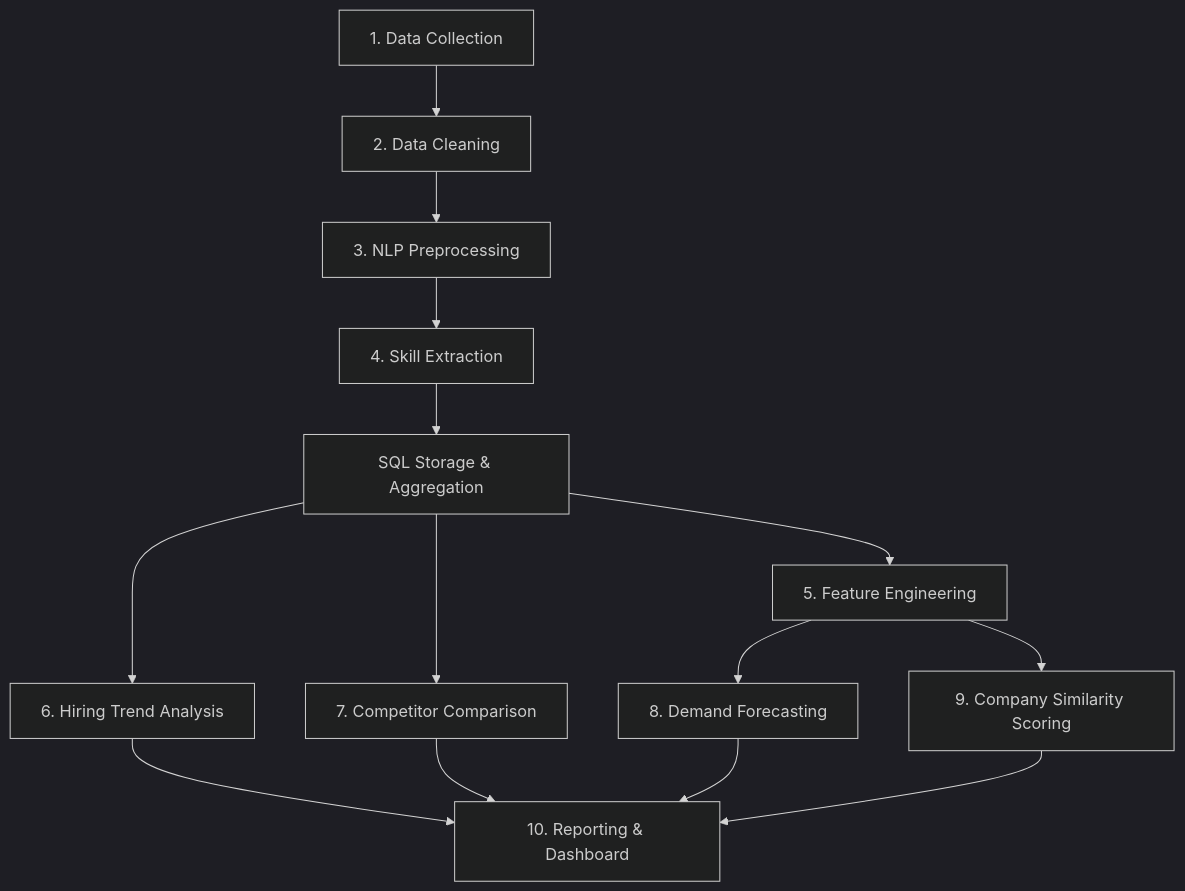
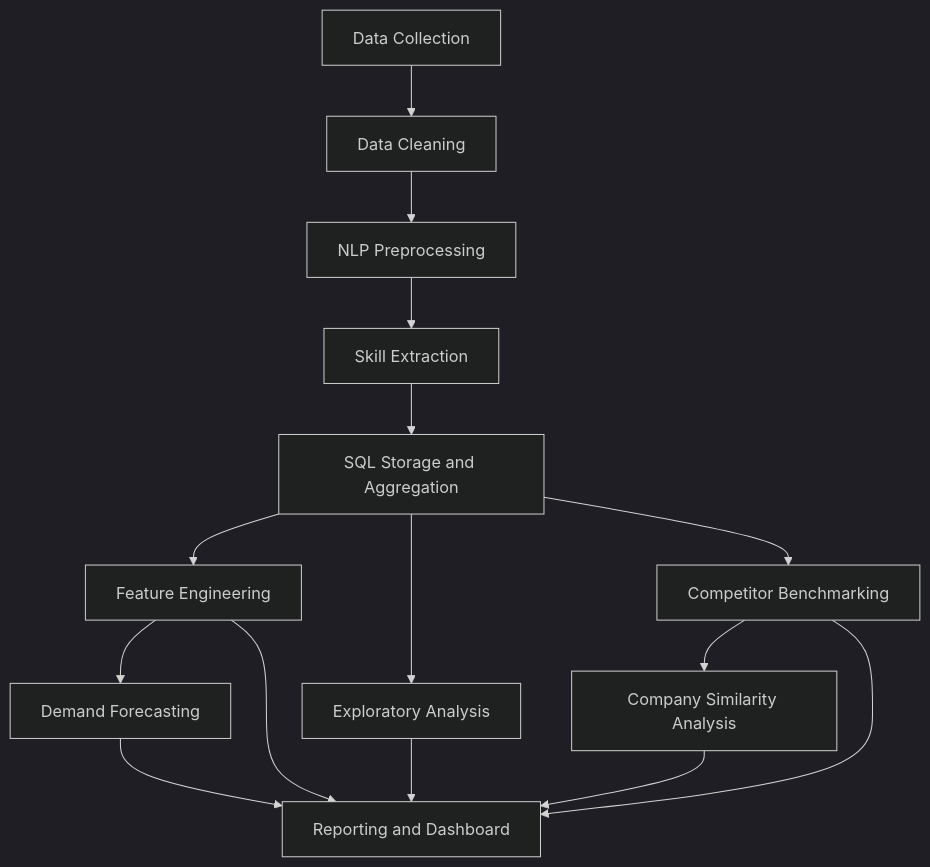
One commit to sriharshini057/competitor-demand-prediction-job-postings changed the diagram in README.md. Above: the diagram before and after it, drawn with Mermaid (dark theme). The commit also changed other lines of this file and 2 other files, not shown here.

Commit message:
Complete Sprint 12 final integration and dashboard redesign

````diff
--- a/README.md
+++ b/README.md
@@ -176,16 +301,17 @@
 ```mermaid
 graph TD
-    A[1. Data Collection] --> B[2. Data Cleaning]
-    B --> C[3. NLP Preprocessing]
-    C --> D[4. Skill Extraction]
-    D --> E[SQL Storage & Aggregation]
-    E --> F[5. Feature Engineering]
-    E --> G[6. Hiring Trend Analysis]
-    E --> H[7. Competitor Comparison]
-    F --> I[8. Demand Forecasting]
-    F --> J[9. Company Similarity Scoring]
-    G --> K[10. Reporting & Dashboard]
+    A[Data Collection] --> B[Data Cleaning]
+    B --> C[NLP Preprocessing]
+    C --> D[Skill Extraction]
+    D --> E[SQL Storage and Aggregation]
+    E --> F[Feature Engineering]
+    E --> G[Exploratory Analysis]
+    E --> H[Competitor Benchmarking]
+    F --> I[Demand Forecasting]
+    H --> J[Company Similarity Analysis]
+    F --> K[Reporting and Dashboard]
+    G --> K
     H --> K
     I --> K
     J --> K
 ```
````
